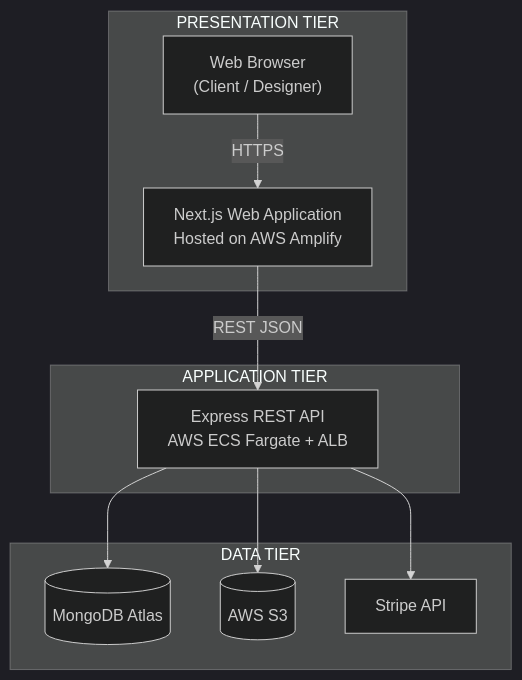
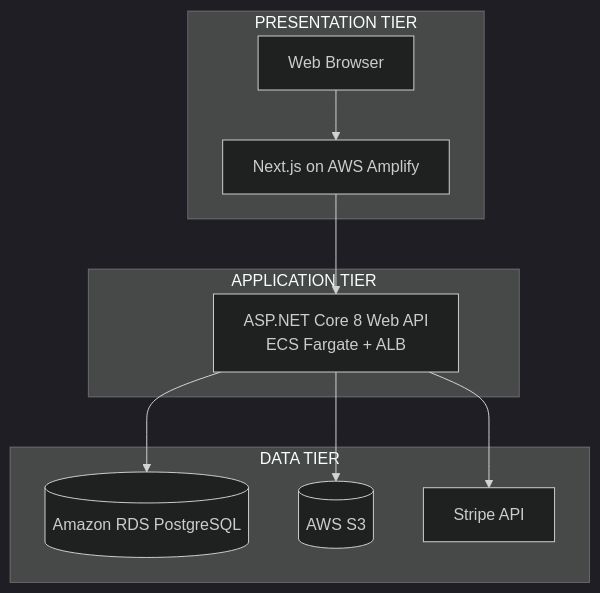
Before and after one commit to MNSBaanu/Inside: the first of 2 diagrams in docs/Proposal/06-proposed-solution.md, drawn with Mermaid (dark theme). The commit also changed other lines of this file and 17 other files, not shown here.

````diff
--- a/docs/Proposal/06-proposed-solution.md
+++ b/docs/Proposal/06-proposed-solution.md
@@ -35,20 +58,20 @@
 ```mermaid
 flowchart TB
     subgraph presentation ["PRESENTATION TIER"]
-        Browser["Web Browser\n(Client / Designer)"]
-        NextJS["Next.js Web Application\nHosted on AWS Amplify"]
+        Browser["Web Browser"]
+        NextJS["Next.js on AWS Amplify"]
     end
     subgraph application ["APPLICATION TIER"]
-        API["Express REST API\nAWS ECS Fargate + ALB"]
+        API["ASP.NET Core 8 Web API\nECS Fargate + ALB"]
     end
     subgraph data ["DATA TIER"]
-        MongoDB[("MongoDB Atlas")]
+        RDS[("Amazon RDS PostgreSQL")]
         S3[("AWS S3")]
         Stripe["Stripe API"]
     end
-    Browser -->|"HTTPS"| NextJS
-    NextJS -->|"REST JSON"| API
-    API --> MongoDB
+    Browser --> NextJS
+    NextJS --> API
+    API --> RDS
     API --> S3
     API --> Stripe
 ```
````
